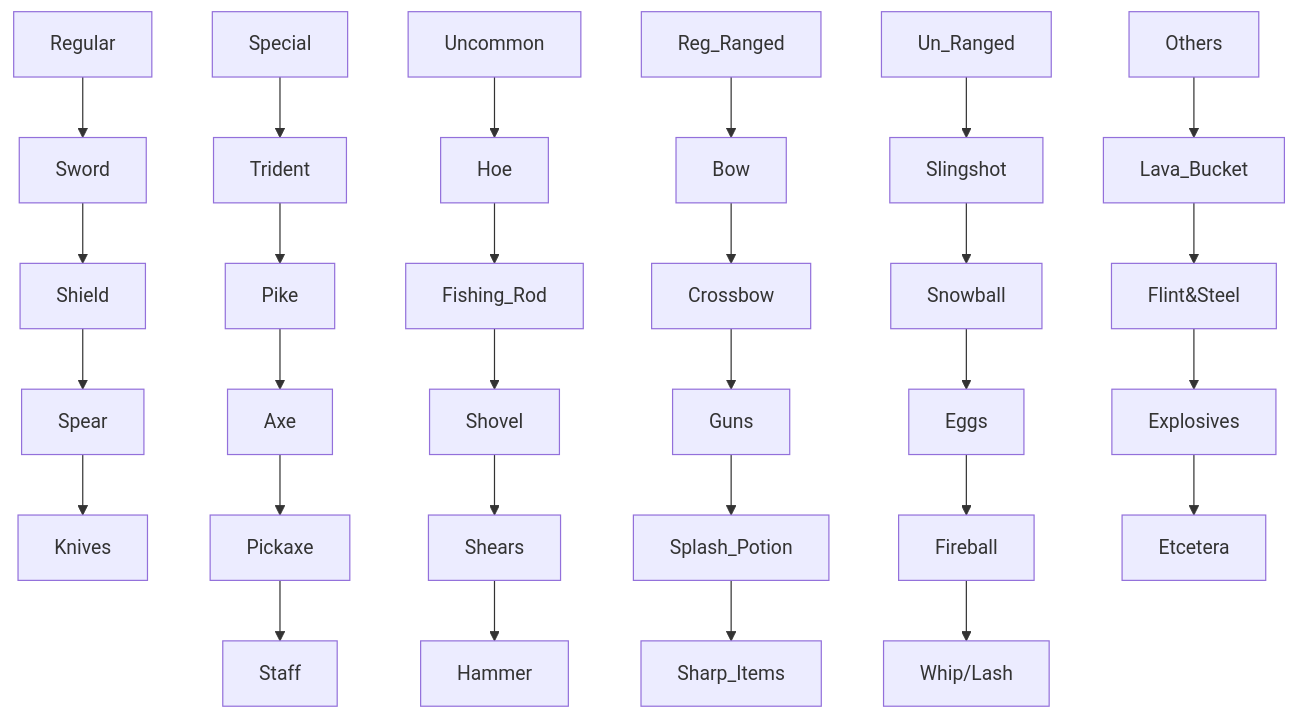
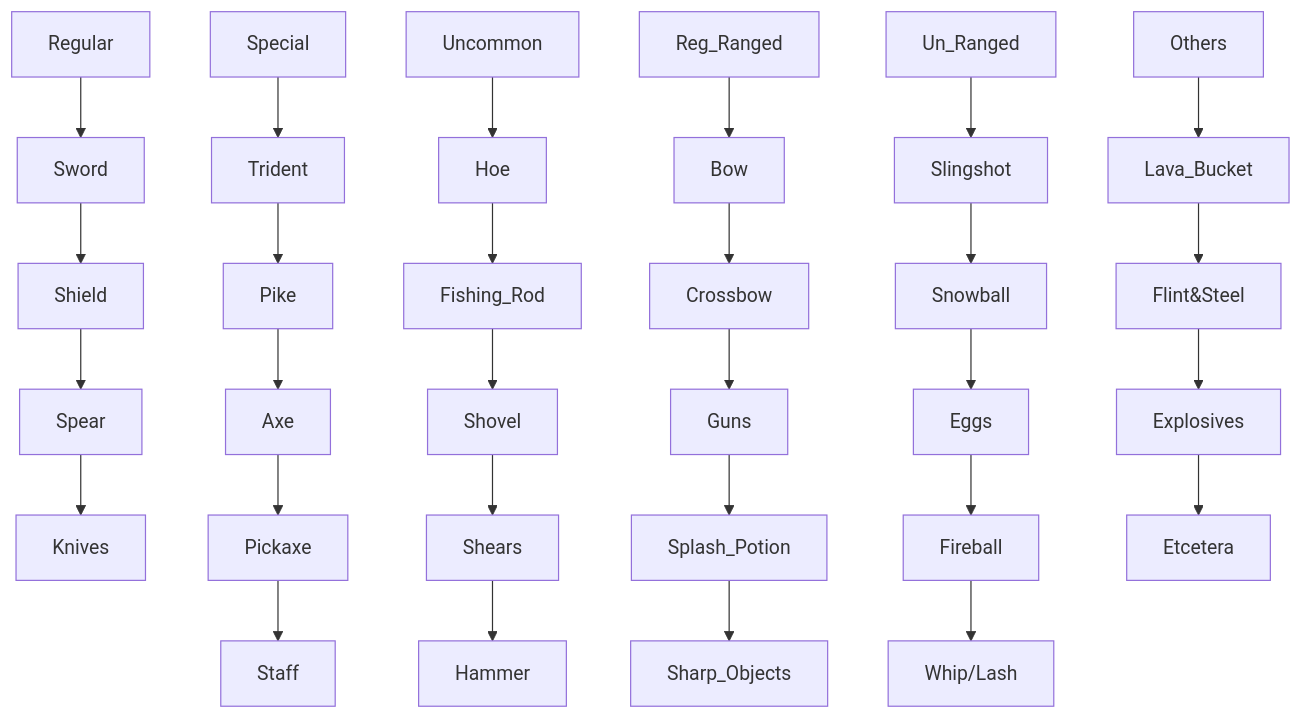
One commit to ColziandKing/RSCUniverse changed the diagram in Production☪️.md. Above: the diagram before and after it, drawn with Mermaid.

````diff
--- a/Production☪️.md
+++ b/Production☪️.md
@@ -17,36 +17,36 @@
 ```mermaid
 graph TD;
     Regular-->Sword;
     Sword-->Shield;
     Shield-->Spear;
     Spear-->Knives;
     
     Special-->Trident;
     Trident-->Pike;
     Pike-->Axe;
     Axe-->Pickaxe;
     Pickaxe-->Staff;
     
     Uncommon-->Hoe;
     Hoe-->Fishing_Rod;
     Fishing_Rod-->Shovel;
     Shovel-->Shears;
     Shears-->Hammer;
     
     Reg_Ranged-->Bow;
     Bow-->Crossbow;
     Crossbow-->Guns;
     Guns-->Splash_Potion;
-    Splash_Potion-->Sharp_Items;
+    Splash_Potion-->Sharp_Objects;
     
     Un_Ranged-->Slingshot;
     Slingshot-->Snowball;
     Snowball-->Eggs;
     Eggs-->Fireball;
     Fireball-->Whip/Lash;
     
     Others-->Lava_Bucket;
     Lava_Bucket-->Flint&Steel;
     Flint&Steel-->Explosives;
     Explosives-->Etcetera;
 ```
````
